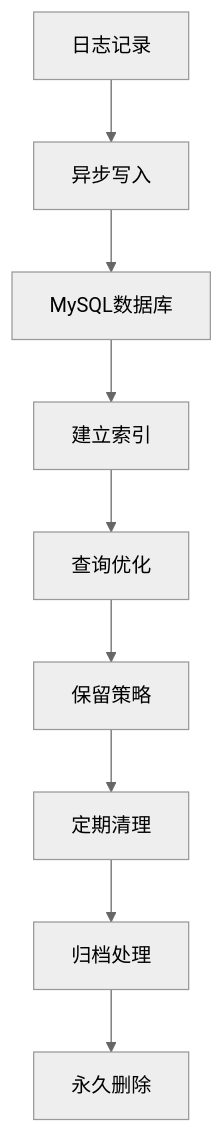
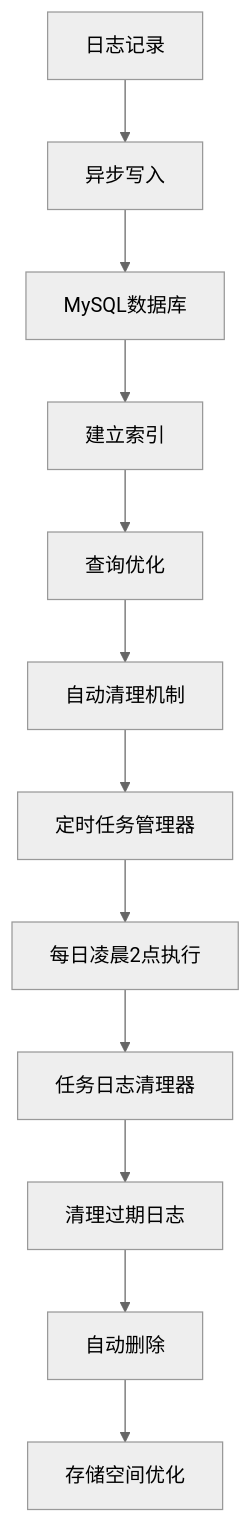
Before and after one commit to wuwuseo/e-sports-go-admin: the fifth of 6 diagrams in .qoder/repowiki/zh/content/API接口文档/操作日志管理接口.md, drawn with Mermaid (neutral theme). The commit also changed other lines of this file and 26 other files, not shown here.

````diff
--- a/.qoder/repowiki/zh/content/API接口文档/操作日志管理接口.md
+++ b/.qoder/repowiki/zh/content/API接口文档/操作日志管理接口.md
@@ -414,11 +452,14 @@
 ```mermaid
 flowchart TD
 LogEntry[日志记录] --> AsyncWrite[异步写入]
 AsyncWrite --> DB[MySQL数据库]
 DB --> Index[建立索引]
 Index --> Query[查询优化]
-Query --> Retention[保留策略]
-Retention --> Cleanup[定期清理]
-Cleanup --> Archive[归档处理]
-Archive --> Purge[永久删除]
+Query --> AutoClean[自动清理机制]
+AutoClean --> CronManager[定时任务管理器]
+CronManager --> Schedule[每日凌晨2点执行]
+Schedule --> JobLogger[任务日志清理器]
+JobLogger --> CleanOldLogs[清理过期日志]
+CleanOldLogs --> Purge[自动删除]
+Purge --> StorageOptimization[存储空间优化]
 ```
````
